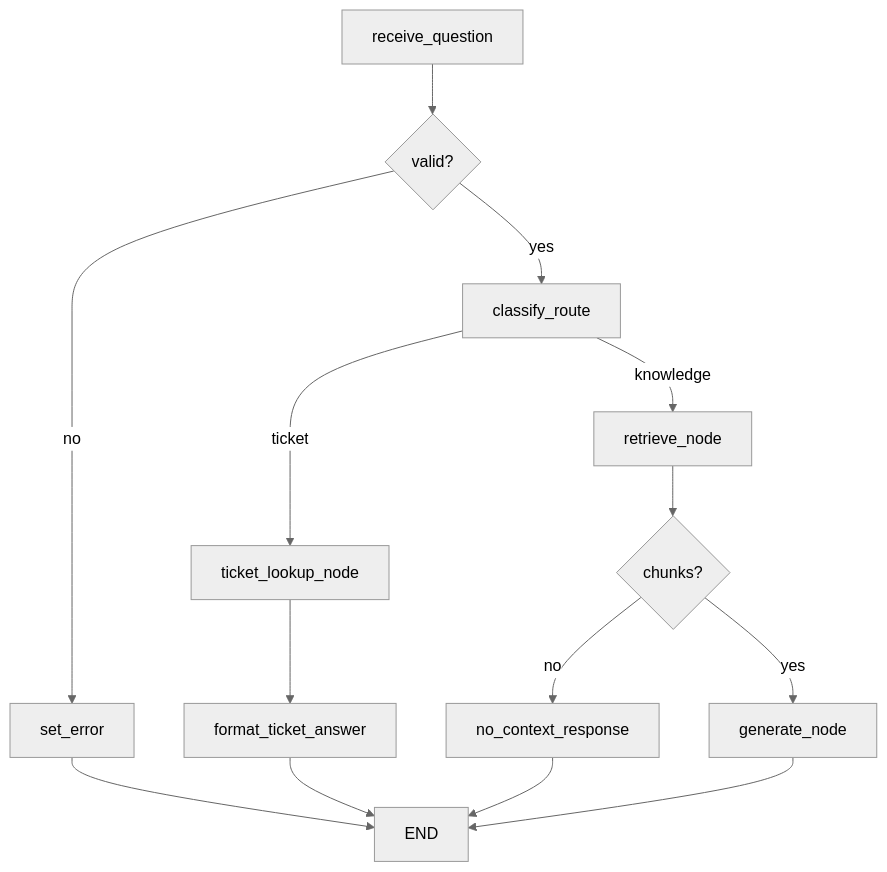
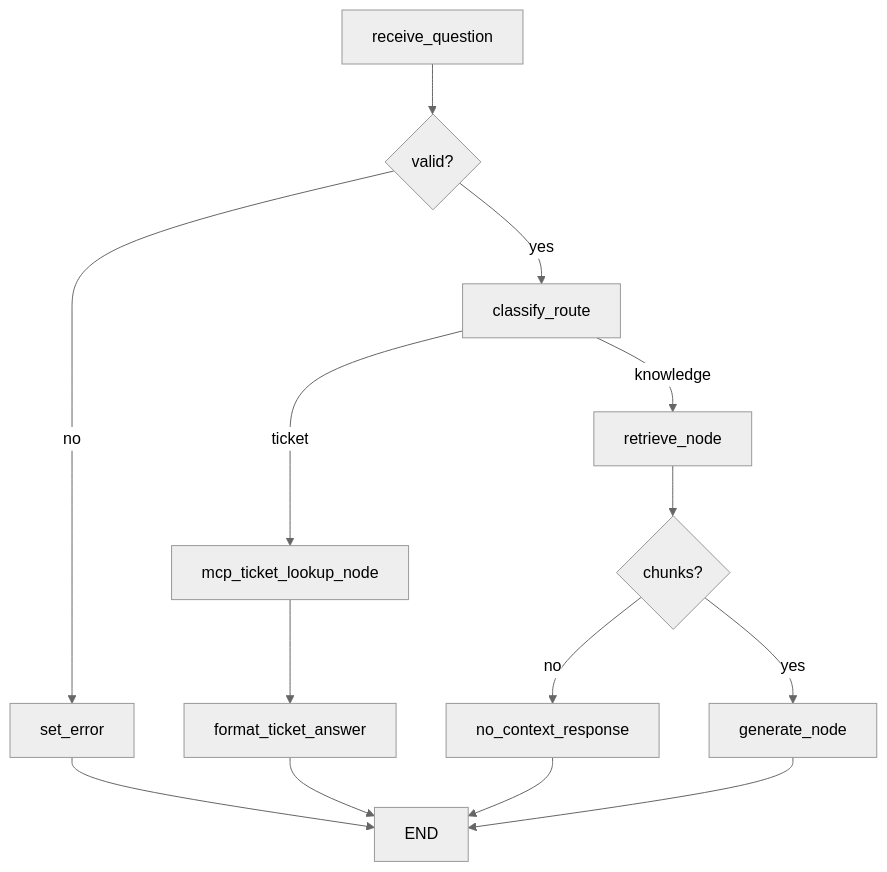
Before and after one commit to 4GeeksAcademy/matt_mcallister_public_website_project: the diagram in agents/support_agent/README.md, drawn with Mermaid (neutral theme). The commit also changed other lines of this file and 13562 other files, not shown here.

````diff
--- a/agents/support_agent/README.md
+++ b/agents/support_agent/README.md
@@ -11,16 +11,16 @@
 ```mermaid
 flowchart TD
   receiveQuestion[receive_question] --> validQ{valid?}
   validQ -->|no| setError[set_error]
   validQ -->|yes| classify[classify_route]
-  classify -->|ticket| ticketLookup[ticket_lookup_node]
+  classify -->|ticket| mcpTicket[mcp_ticket_lookup_node]
   classify -->|knowledge| retrieveNode[retrieve_node]
-  ticketLookup --> ticketAnswer[format_ticket_answer]
+  mcpTicket --> ticketAnswer[format_ticket_answer]
   ticketAnswer --> endNode[END]
   setError --> endNode
   retrieveNode --> hasCtx{chunks?}
   hasCtx -->|no| noContext[no_context_response]
   hasCtx -->|yes| generateNode[generate_node]
   noContext --> endNode
   generateNode --> endNode
 ```
````
